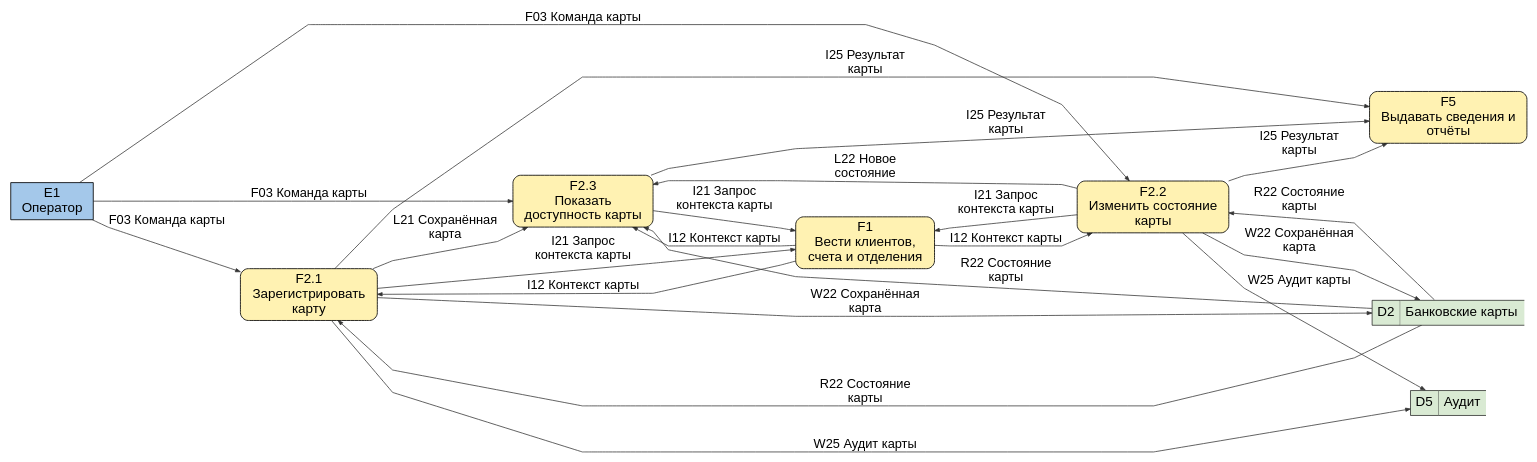
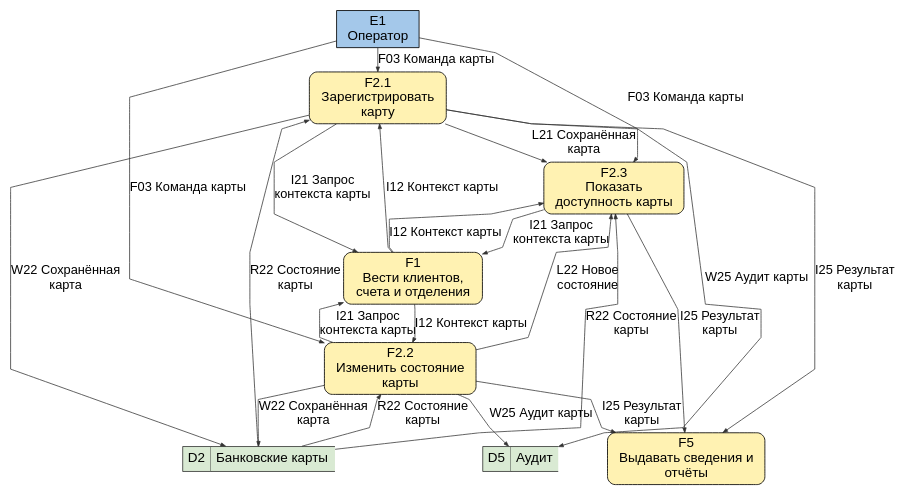
Before and after one commit to qwertyvich/IT-project: the diagram in figures/B5_cards.dot, drawn with Graphviz. The commit also changed 86 other files, not shown here.

```diff
--- a/figures/B5_cards.dot
+++ b/figures/B5_cards.dot
@@ -1,34 +1,35 @@
 digraph B5_cards {
-graph [rankdir=LR, bgcolor="white", pad=.12, nodesep=.35, ranksep=.65, splines=polyline, outputorder=edgesfirst];
+graph [rankdir=TB, bgcolor="white", pad=.12, nodesep=.35, ranksep=.65, splines=polyline, outputorder=edgesfirst];
 node [fontname="Arial", fontsize=21, margin=".12,.08", penwidth=1.3];
 edge [fontname="Arial", fontsize=20, color="#333333", penwidth=1.2, arrowsize=.75];
+graph [nodesep=.12, ranksep=.2];
 "E1" [label="E1\nОператор", shape="box", style="filled", fillcolor="#A4C8EA", width="1.792"];
 "F2_1" [label="F2.1\nЗарегистрировать\nкарту", shape="box", style="rounded,filled", fillcolor="#FFF2B2", width="2.972"];
 E1 -> F2_1 [label="F03 Команда карты"];
 "F2_2" [label="F2.2\nИзменить состояние\nкарты", shape="box", style="rounded,filled", fillcolor="#FFF2B2", width="3.292"];
 E1 -> F2_2 [label="F03 Команда карты"];
 "F2_3" [label="F2.3\nПоказать\nдоступность карты", shape="box", style="rounded,filled", fillcolor="#FFF2B2", width="3.042"];
 E1 -> F2_3 [label="F03 Команда карты"];
 "F1" [label="F1\nВести клиентов,\nсчета и отделения", shape="box", style="rounded,filled", fillcolor="#FFF2B2", width="3.013"];
 F2_1 -> F1 [label="I21 Запрос\nконтекста карты"];
 F2_2 -> F1 [label="I21 Запрос\nконтекста карты"];
 F2_3 -> F1 [label="I21 Запрос\nконтекста карты"];
 F1 -> F2_1 [label="I12 Контекст карты"];
 F1 -> F2_2 [label="I12 Контекст карты"];
 F1 -> F2_3 [label="I12 Контекст карты"];
 "F5" [label="F5\nВыдавать сведения и\nотчёты", shape="box", style="rounded,filled", fillcolor="#FFF2B2", width="3.417"];
 F2_1 -> F5 [label="I25 Результат\nкарты"];
 F2_2 -> F5 [label="I25 Результат\nкарты"];
 F2_3 -> F5 [label="I25 Результат\nкарты"];
 "D2" [shape=plain,style="",label=<<TABLE BORDER="0" CELLBORDER="0" CELLSPACING="0" CELLPADDING="7"><TR><TD BORDER="1" SIDES="TLBR" BGCOLOR="#D9EAD3">D2</TD><TD BORDER="1" SIDES="TB" BGCOLOR="#D9EAD3">Банковские карты</TD></TR></TABLE>>];
 D2 -> F2_1 [label="R22 Состояние\nкарты"];
 D2 -> F2_2 [label="R22 Состояние\nкарты"];
 D2 -> F2_3 [label="R22 Состояние\nкарты"];
 F2_1 -> D2 [label="W22 Сохранённая\nкарта"];
 F2_2 -> D2 [label="W22 Сохранённая\nкарта"];
 "D5" [shape=plain,style="",label=<<TABLE BORDER="0" CELLBORDER="0" CELLSPACING="0" CELLPADDING="7"><TR><TD BORDER="1" SIDES="TLBR" BGCOLOR="#D9EAD3">D5</TD><TD BORDER="1" SIDES="TB" BGCOLOR="#D9EAD3">Аудит</TD></TR></TABLE>>];
 F2_1 -> D5 [label="W25 Аудит карты"];
 F2_2 -> D5 [label="W25 Аудит карты"];
 F2_1 -> F2_3 [label="L21 Сохранённая\nкарта"];
 F2_2 -> F2_3 [label="L22 Новое\nсостояние"];
 }
```
